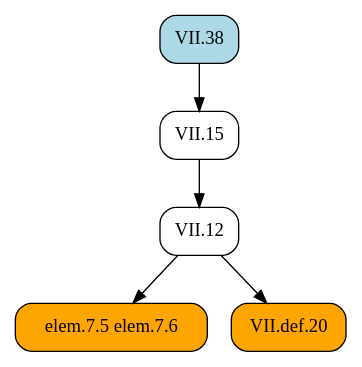
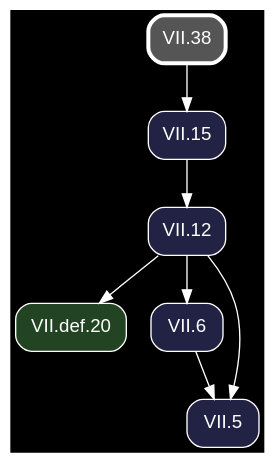
The diagram in docsrc/heath/VII/38/index.rst (geometor/elements), drawn with Graphviz before and after one commit. The commit also changed other lines of this file and 1200 other files, not shown here.

Commit message:
update dependency graphs

```diff
--- a/docsrc/heath/VII/38/index.rst
+++ b/docsrc/heath/VII/38/index.rst
@@ -30,15 +30,20 @@
 .. graphviz::
 
    digraph {
+     bgcolor="black";
+     node [shape=box, style="rounded,filled", fontname="Helvetica", color="white", fontcolor="white"];
+     edge [color="white", fontcolor="white"];
      rankdir="TB";
-     node [shape=box, style=rounded];
-     "VII.38" [style="rounded,filled", fillcolor=lightblue, URL="/heath/VII/38/", target="_top"];
-     "VII.12" [URL="/heath/VII/12/", target="_top"];
-     "elem.7.5 elem.7.6" [style="rounded,filled", fillcolor=orange];
-     "VII.def.20" [style="rounded,filled", fillcolor=orange, URL="/heath/VII/def.20/", target="_top"];
-     "VII.15" [URL="/heath/VII/15/", target="_top"];
+     "VII.def.20" [fillcolor="#224422", URL="/heath/VII/def.20/", target="_top"];
+     "VII.38" [penwidth=3, color="white", fillcolor="#555555", URL="/heath/VII/38/", target="_top"];
+     "VII.12" [fillcolor="#222244", URL="/heath/VII/12/", target="_top"];
+     "VII.6" [fillcolor="#222244", URL="/heath/VII/6/", target="_top"];
+     "VII.15" [fillcolor="#222244", URL="/heath/VII/15/", target="_top"];
+     "VII.5" [fillcolor="#222244", URL="/heath/VII/5/", target="_top"];
+     "VII.12" -> "VII.def.20";
      "VII.15" -> "VII.12";
-     "VII.12" -> "elem.7.5 elem.7.6";
-     "VII.12" -> "VII.def.20";
+     "VII.12" -> "VII.6";
      "VII.38" -> "VII.15";
+     "VII.6" -> "VII.5";
+     "VII.12" -> "VII.5";
    }
```
